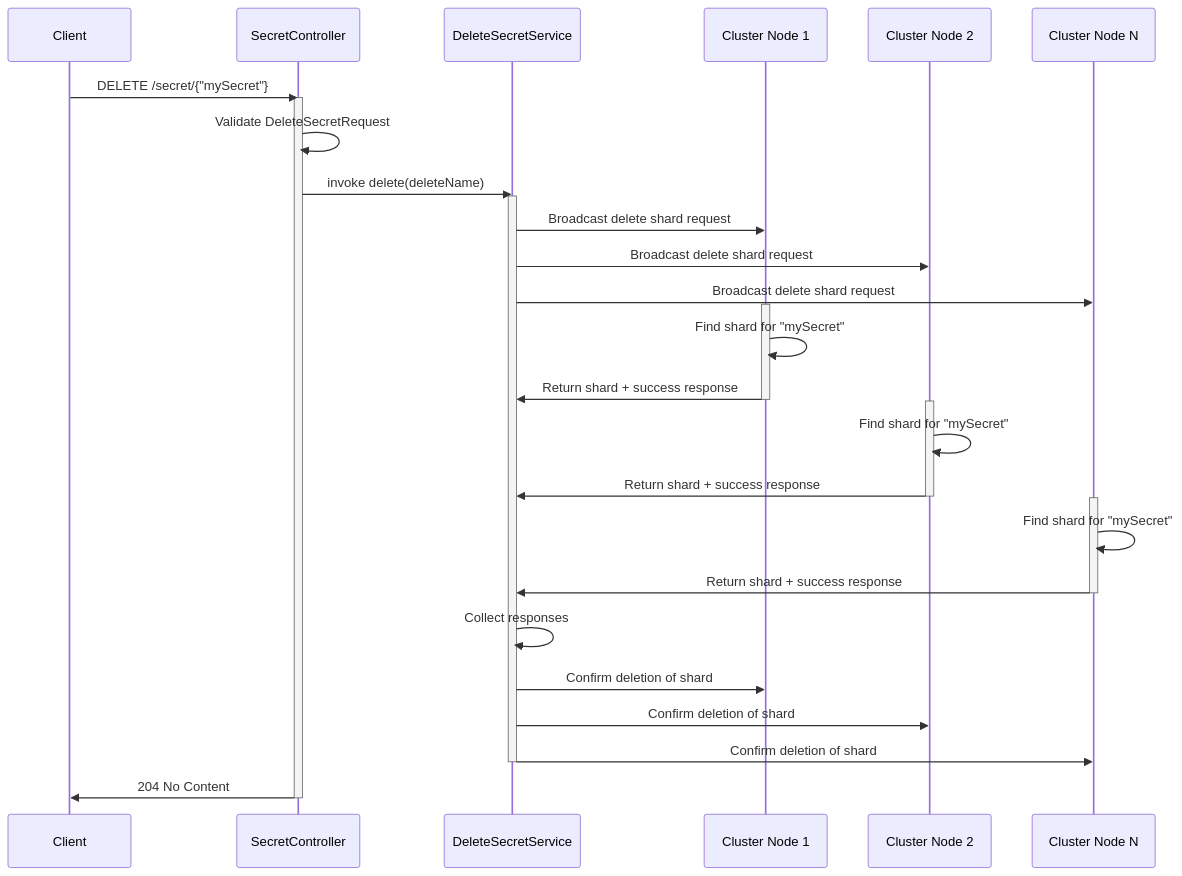
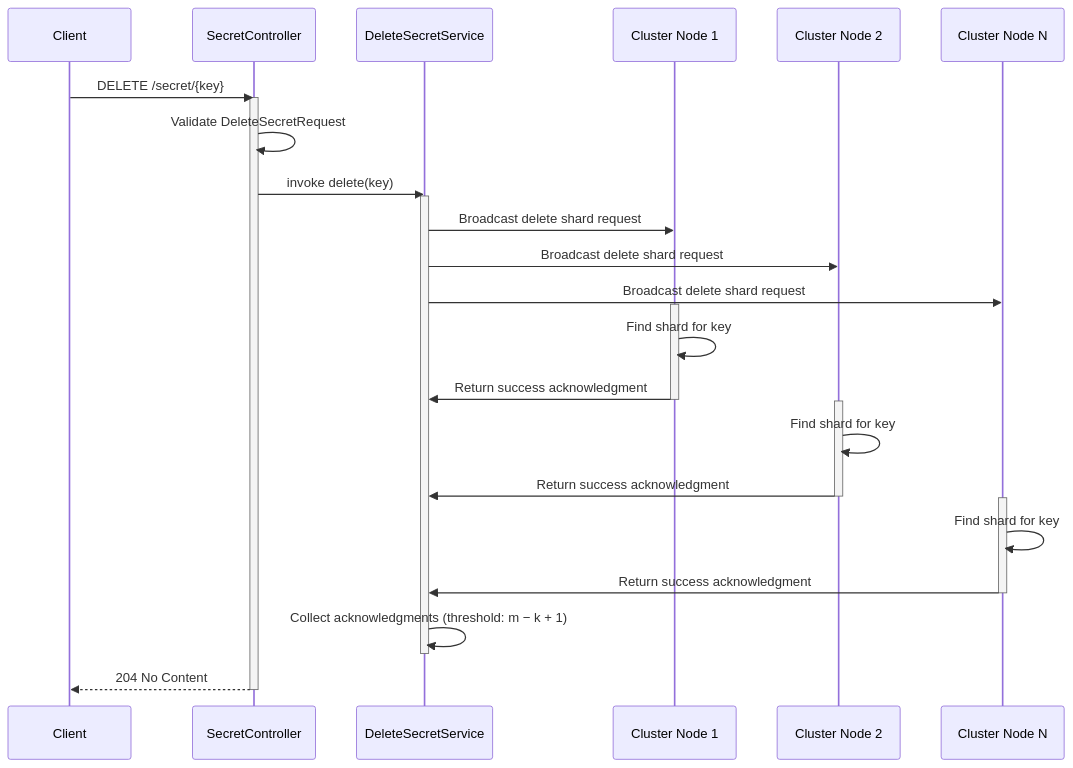
One commit to S26-Distributed-Capstone/DistributedSecretsVault changed the diagram in docs/crud/delete.md. Above: the diagram before and after it, drawn with Mermaid. The commit also changed other lines of this file and 3 other files, not shown here.

````diff
--- a/docs/crud/delete.md
+++ b/docs/crud/delete.md
@@ -31,42 +28,38 @@
 ```mermaid
 sequenceDiagram
     participant Client
     participant Controller as SecretController
     participant Service as DeleteSecretService
     participant Node1 as Cluster Node 1
     participant Node2 as Cluster Node 2
     participant NodeN as Cluster Node N
 
-    Client->>Controller: DELETE /secret/{"mySecret"}
+    Client->>Controller: DELETE /secret/{key}
     activate Controller
     Controller->>Controller: Validate DeleteSecretRequest
-    Controller->>Service: invoke delete(deleteName)
+    Controller->>Service: invoke delete(key)
     activate Service
     Service->>Node1: Broadcast delete shard request
     Service->>Node2: Broadcast delete shard request
     Service->>NodeN: Broadcast delete shard request
-    
+
     activate Node1
-    Node1->>Node1: Find shard for "mySecret"
-    Node1->>Service: Return shard + success response
+    Node1->>Node1: Find shard for key
+    Node1->>Service: Return success acknowledgment
     deactivate Node1
-    
+
     activate Node2
-    Node2->>Node2: Find shard for "mySecret"
-    Node2->>Service: Return shard + success response
+    Node2->>Node2: Find shard for key
+    Node2->>Service: Return success acknowledgment
     deactivate Node2
-    
+
     activate NodeN
-    NodeN->>NodeN: Find shard for "mySecret"
-    NodeN->>Service: Return shard + success response
+    NodeN->>NodeN: Find shard for key
+    NodeN->>Service: Return success acknowledgment
     deactivate NodeN
-    
-    Service->>Service: Collect responses
-    Service->>Node1: Confirm deletion of shard
-    Service->>Node2: Confirm deletion of shard
-    Service->>NodeN: Confirm deletion of shard
-    
+
+    Service->>Service: Collect acknowledgments (threshold: m − k + 1)
     deactivate Service
-    Controller->>Client: 204 No Content
+    Controller-->>Client: 204 No Content
     deactivate Controller
 ```
````
